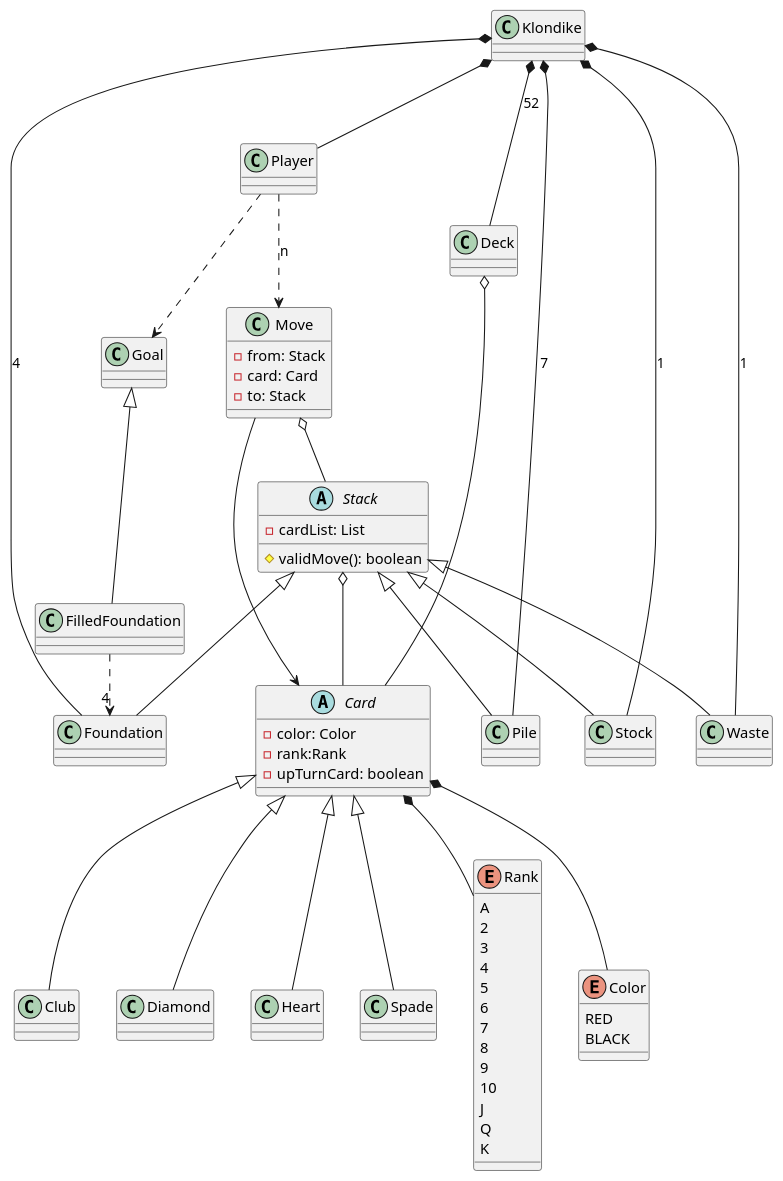
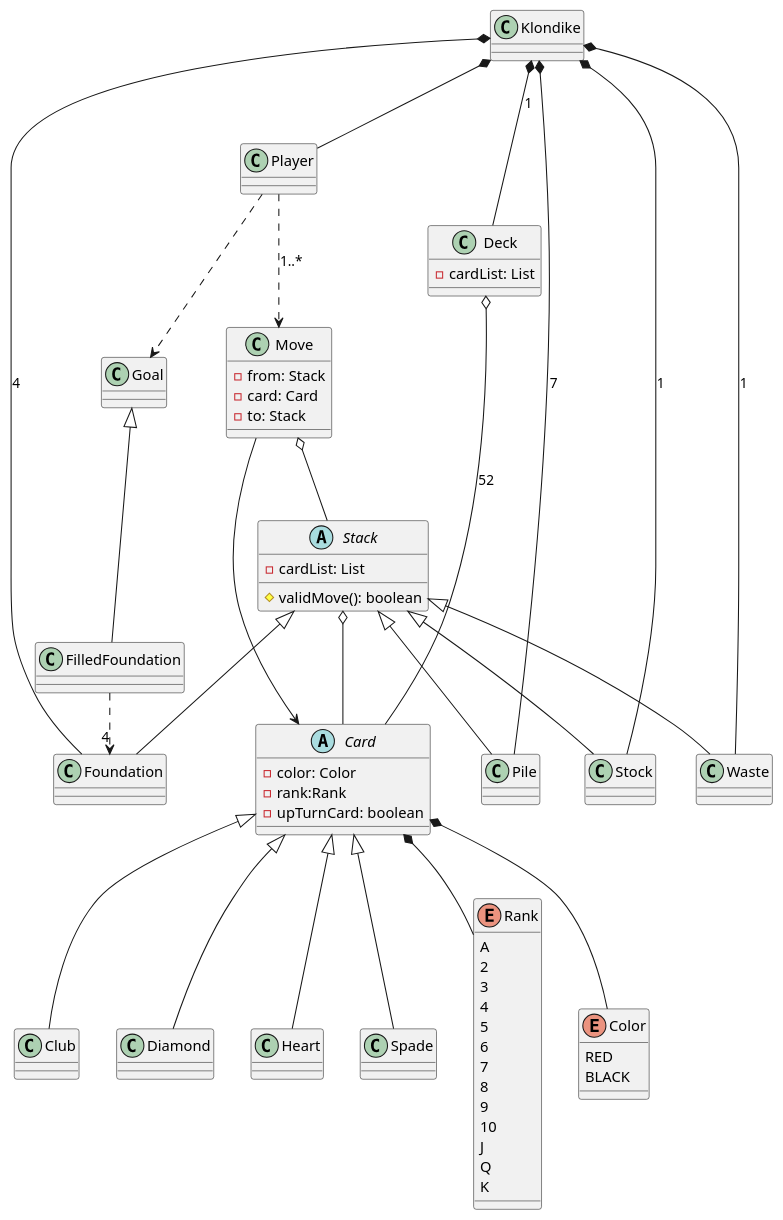
The diagram in klondike/diagrams/clases-diagram.iuml (bvegaM/software_degree), drawn with PlantUML before and after one commit. The commit also changed 1 other file, not shown here.

Commit message:
edit diagram class

```diff
--- a/klondike/diagrams/clases-diagram.iuml
+++ b/klondike/diagrams/clases-diagram.iuml
@@ -1,92 +1,94 @@
 @startuml class diagram
 
 'clases'
 class Klondike
 class Player
 class Pile
 class Foundation
 class Waste
 class Stock
 class Move{
     - from: Stack
     - card: Card
     - to: Stack
 }
 class Goal
 class Pile
-class Deck
+class Deck{
+    - cardList: List
+}
 class Club
 class Diamond
 class Heart
 class Spade
 class FilledFoundation
 
 'absract clases'
 abstract Stack{
     - cardList: List
     # validMove(): boolean
 }
 abstract Card{
     - color: Color
     - rank:Rank
     - upTurnCard: boolean
 }
 
 'enum clases'
 enum Rank{
     A
     2
     3
     4
     5
     6
     7
     8
     9
     10
     J
     Q
     K
 }
 enum Color{
     RED
     BLACK
 }
 
 'relations'
 
 Klondike *-down- Player
 Klondike *-down- Foundation: 4
 Klondike *-down- Waste: 1
 Klondike *-down- Pile: 7
 Klondike *-down- Stock: 1
-Klondike *-down- Deck: 52
+Klondike *-down- Deck: 1
 
-Deck o-- Card
+Deck o-- Card: 52
 
 
 Stack <|-down- Foundation
 Stack <|-down- Waste
 Stack <|-down- Stock
 Stack <|-down- Pile
 Stack o-down- Card
 
 Move o-down- Stack
 Move -down-> Card
 
-Player .down.> Move: n
+Player .down.> Move: 1..*
 Player .down.> Goal
 
 Goal <|-down- FilledFoundation
 FilledFoundation .right.> "4" Foundation
 
 
 Card <|-down- Club
 Card <|-down- Diamond
 Card <|-down- Heart
 Card <|-down- Spade
 Card *-down- Rank
 Card *-down- Color
 
 
 @enduml
```
